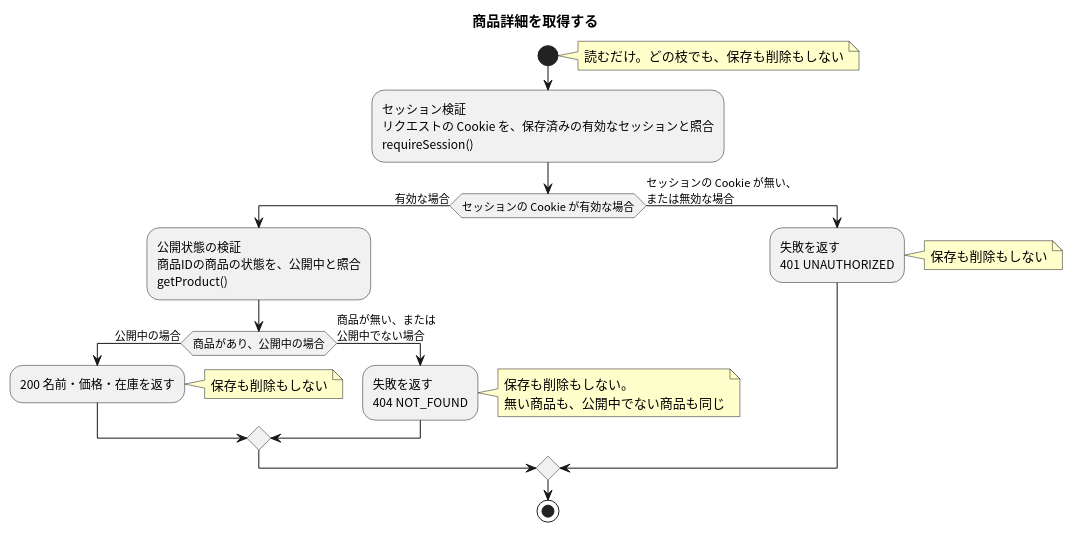
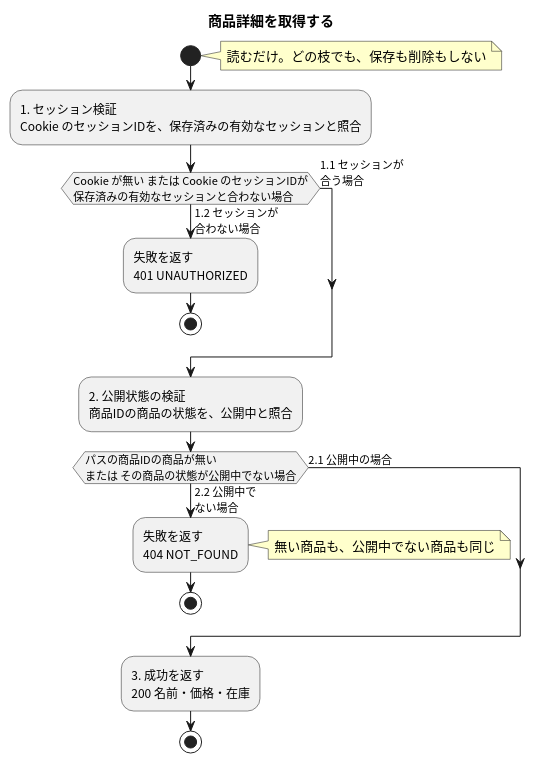
The diagram in apis/get-product/flow.puml (masamasamasato/design-doc-template), drawn with PlantUML before and after one commit. The commit also changed other lines of this file and 28 other files, not shown here.

```diff
--- a/apis/get-product/flow.puml
+++ b/apis/get-product/flow.puml
@@ -3,26 +3,26 @@
 @startuml
 skinparam shadowing false
 skinparam defaultFontName "Noto Sans CJK JP"
 skinparam ActivityFontName "Noto Sans CJK JP"
 skinparam NoteBackgroundColor #FFFFCC
 
 title 商品詳細を取得する
 
 start
 note right: 読むだけ。どの枝でも、保存も削除もしない
-:セッション検証\nリクエストの Cookie を、保存済みの有効なセッションと照合\nrequireSession();
-if (セッションの Cookie が有効な場合) then (有効な場合)
-  :公開状態の検証\n商品IDの商品の状態を、公開中と照合\ngetProduct();
-  if (商品があり、公開中の場合) then (公開中の場合)
-    :200 名前・価格・在庫を返す;
-    note right: 保存も削除もしない
-  else (商品が無い、または\n公開中でない場合)
-    :失敗を返す\n404 NOT_FOUND;
-    note right: 保存も削除もしない。\n無い商品も、公開中でない商品も同じ
-  endif
-else (セッションの Cookie が無い、\nまたは無効な場合)
+:1. セッション検証\nCookie のセッションIDを、保存済みの有効なセッションと照合;
+if (Cookie が無い または Cookie のセッションIDが\n保存済みの有効なセッションと合わない場合) then (1.2 セッションが\n合わない場合)
   :失敗を返す\n401 UNAUTHORIZED;
-  note right: 保存も削除もしない
+  stop
+else (1.1 セッションが\n合う場合)
 endif
+:2. 公開状態の検証\n商品IDの商品の状態を、公開中と照合;
+if (パスの商品IDの商品が無い\nまたは その商品の状態が公開中でない場合) then (2.2 公開中で\nない場合)
+  :失敗を返す\n404 NOT_FOUND;
+  note right: 無い商品も、公開中でない商品も同じ
+  stop
+else (2.1 公開中の場合)
+endif
+:3. 成功を返す\n200 名前・価格・在庫;
 stop
 @enduml
```
